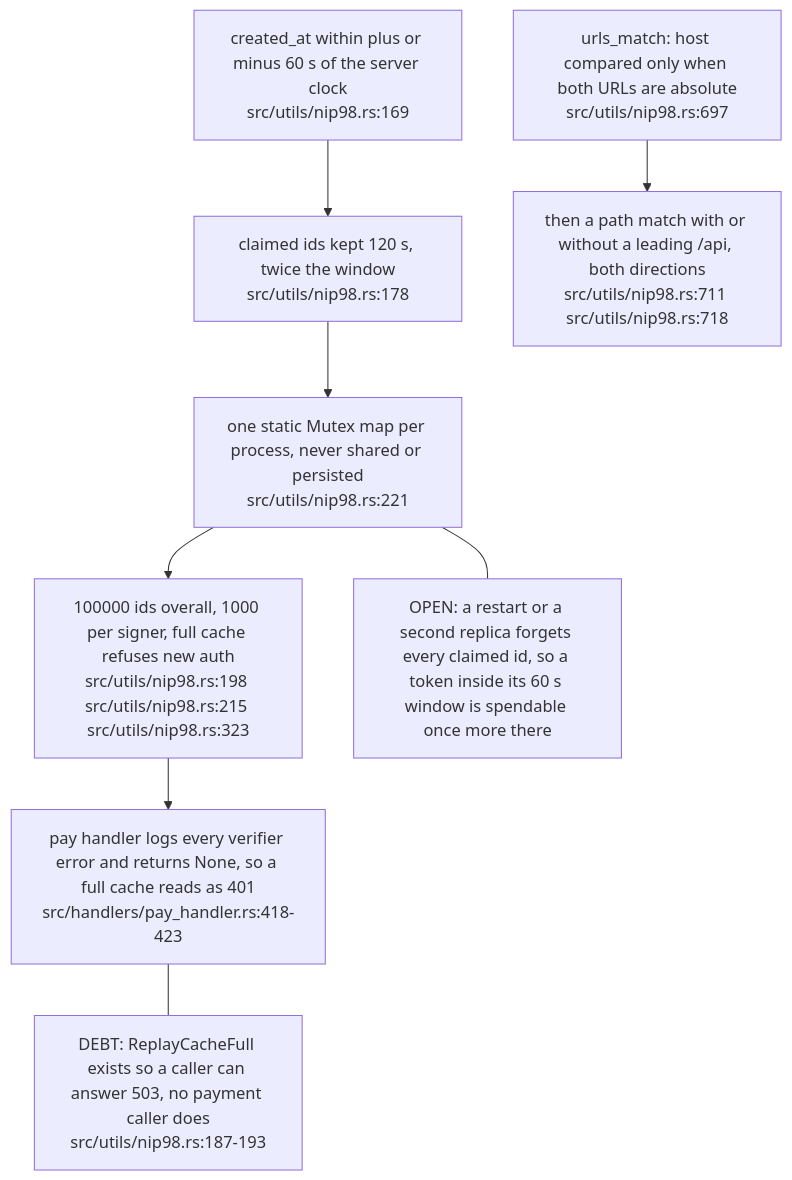
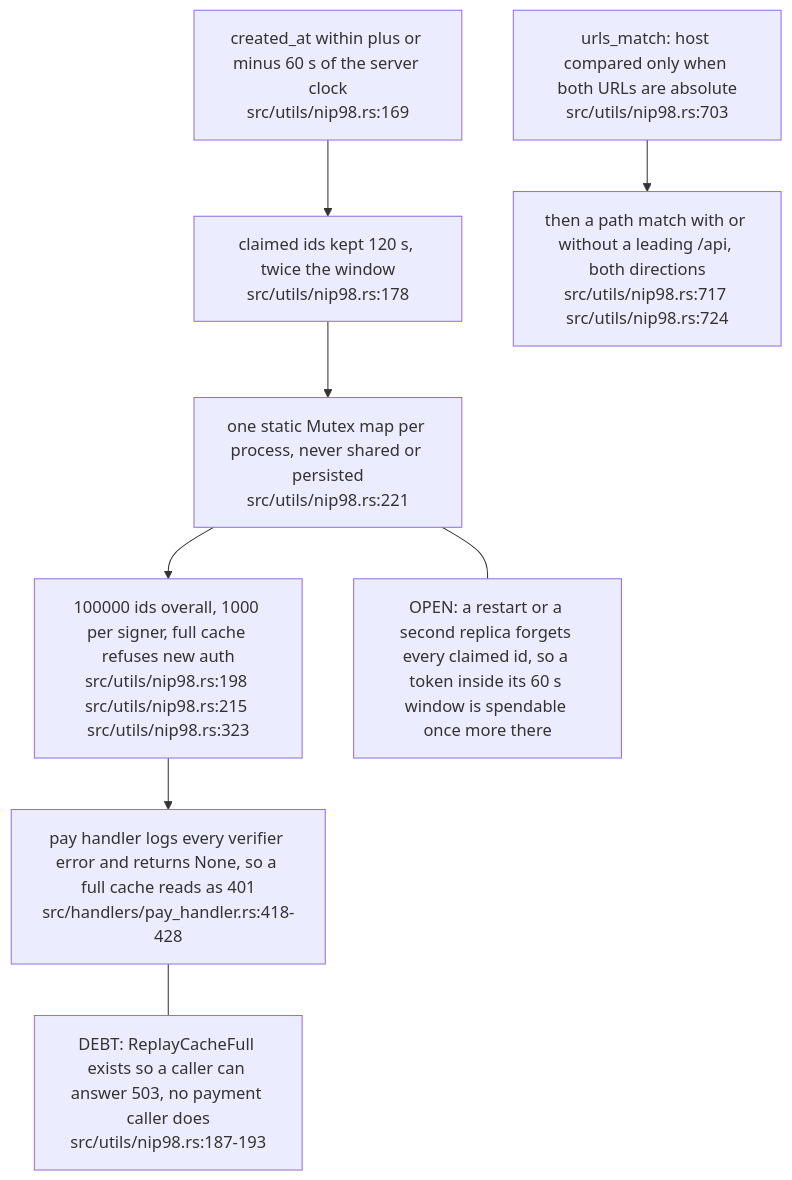
One commit to DreamLab-AI/VisionFlow changed the second of 2 diagrams in docs/diagrams/visionclaw/55-payment-authentication.md. Above: the diagram before and after it, drawn with Mermaid. The commit also changed other lines of this file and 6 other files, not shown here.

First line of the commit message:
diagrams(visionclaw): re-verify VC-51..57 at visionclaw 4900ec60

````diff
--- a/docs/diagrams/visionclaw/55-payment-authentication.md
+++ b/docs/diagrams/visionclaw/55-payment-authentication.md
@@ -56,16 +59,16 @@
 ```mermaid
 flowchart TD
     AGE["created_at within plus or minus 60 s of the server clock<br/>src/utils/nip98.rs:169"]
     TTL["claimed ids kept 120 s, twice the window<br/>src/utils/nip98.rs:178"]
     STORE["one static Mutex map per process, never shared or persisted<br/>src/utils/nip98.rs:221"]
     CAP["100000 ids overall, 1000 per signer, full cache refuses new auth<br/>src/utils/nip98.rs:198 src/utils/nip98.rs:215 src/utils/nip98.rs:323"]
-    MAP["pay handler logs every verifier error and returns None, so a full cache reads as 401<br/>src/handlers/pay_handler.rs:418-423"]
-    URL["urls_match: host compared only when both URLs are absolute<br/>src/utils/nip98.rs:697"]
-    API["then a path match with or without a leading /api, both directions<br/>src/utils/nip98.rs:711 src/utils/nip98.rs:718"]
+    MAP["pay handler logs every verifier error and returns None, so a full cache reads as 401<br/>src/handlers/pay_handler.rs:418-428"]
+    URL["urls_match: host compared only when both URLs are absolute<br/>src/utils/nip98.rs:703"]
+    API["then a path match with or without a leading /api, both directions<br/>src/utils/nip98.rs:717 src/utils/nip98.rs:724"]
     OPEN1["OPEN: a restart or a second replica forgets every claimed id, so a token inside its 60 s window is spendable once more there"]
     DEBT1["DEBT: ReplayCacheFull exists so a caller can answer 503, no payment caller does<br/>src/utils/nip98.rs:187-193"]
     AGE --> TTL --> STORE --> CAP --> MAP
     STORE --- OPEN1
     MAP --- DEBT1
     URL --> API
 ```
````
